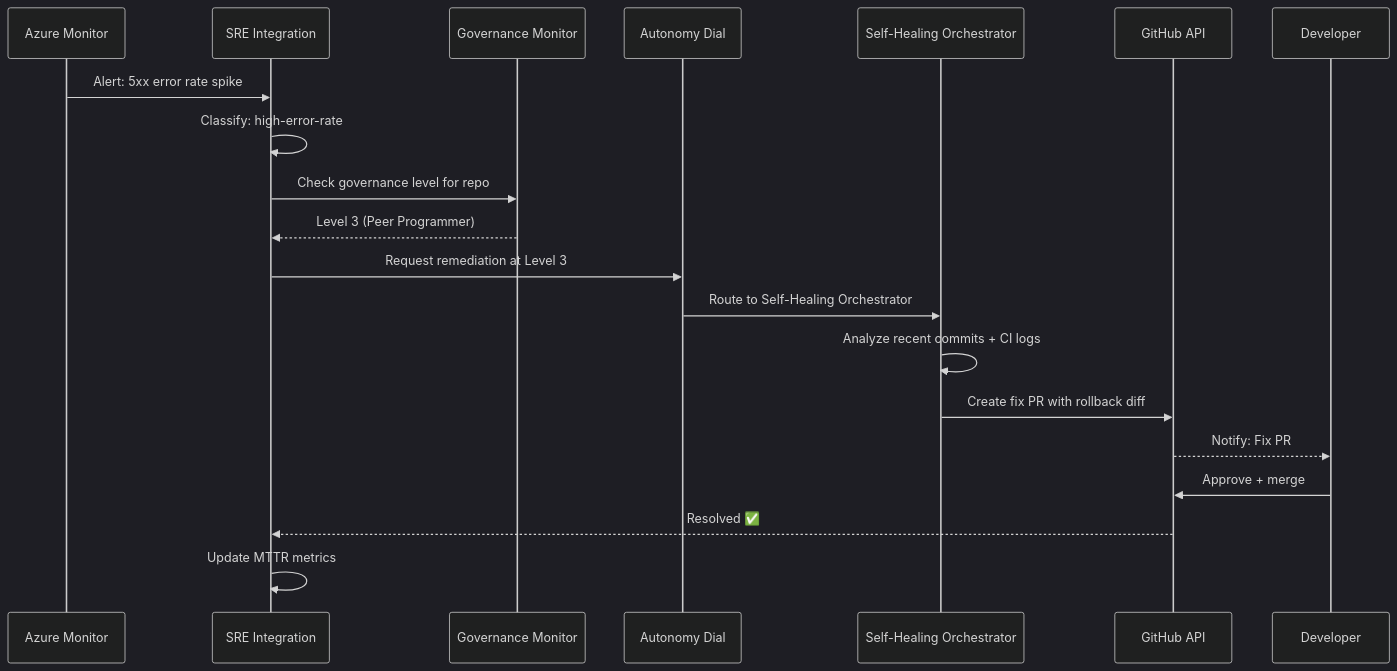
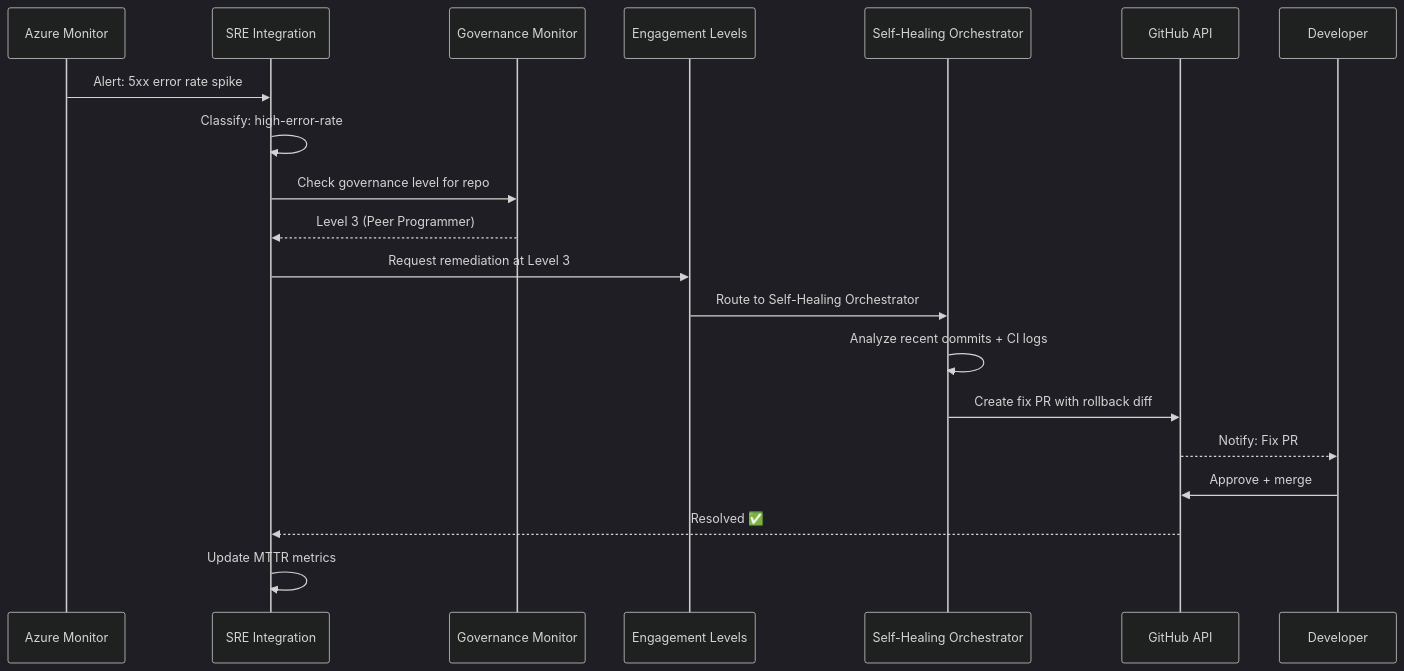
The third of 3 diagrams in docs/architecture.md (AgentCraftworks/AgentCraftworks_OpenSource), drawn with Mermaid (dark theme) before and after one commit. The commit also changed other lines of this file and 7 other files, not shown here.

First line of the commit message:
docs: rename AgentCraftworks CE to Community Edition and align Agent Engagement Levels language

````diff
--- a/docs/architecture.md
+++ b/docs/architecture.md
@@ -128,23 +128,23 @@
 ```mermaid
 sequenceDiagram
     participant AM as Azure Monitor
     participant SRE as SRE Integration
     participant GOV as Governance Monitor
-    participant AD as Autonomy Dial
+    participant AD as Engagement Levels
     participant SHO as Self-Healing Orchestrator
     participant GH as GitHub API
     participant DEV as Developer
 
     AM->>SRE: Alert: 5xx error rate spike
     SRE->>SRE: Classify: high-error-rate
     SRE->>GOV: Check governance level for repo
     GOV-->>SRE: Level 3 (Peer Programmer)
     SRE->>AD: Request remediation at Level 3
     AD->>SHO: Route to Self-Healing Orchestrator
     SHO->>SHO: Analyze recent commits + CI logs
     SHO->>GH: Create fix PR with rollback diff
     GH-->>DEV: Notify: Fix PR #42 opened by AgentCraftworks
     DEV->>GH: Approve + merge
     GH-->>SRE: Resolved ✅
     SRE->>SRE: Update MTTR metrics
 ```
````
